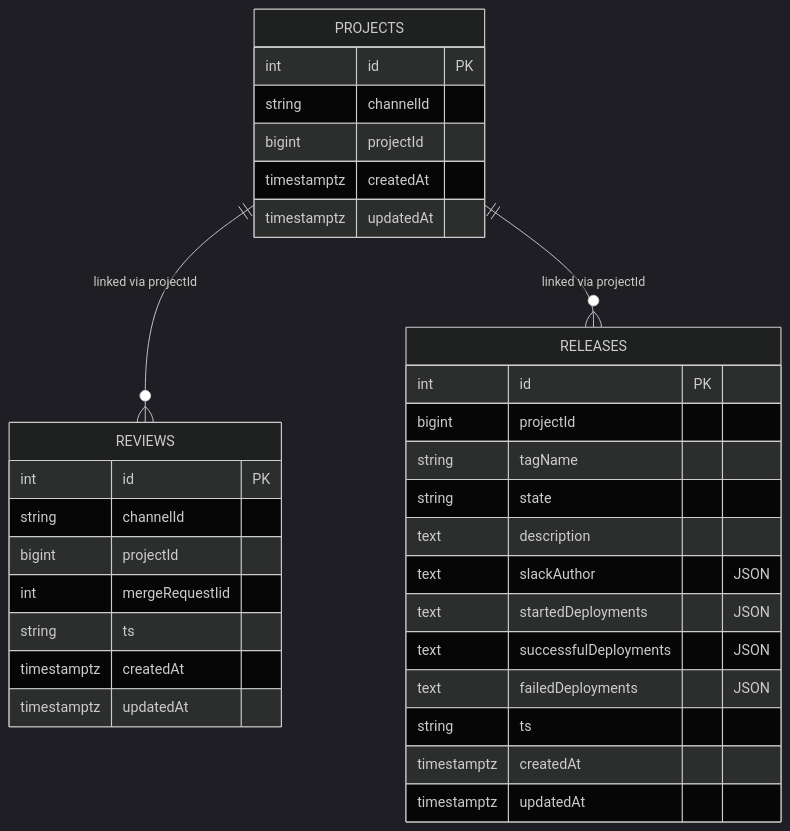
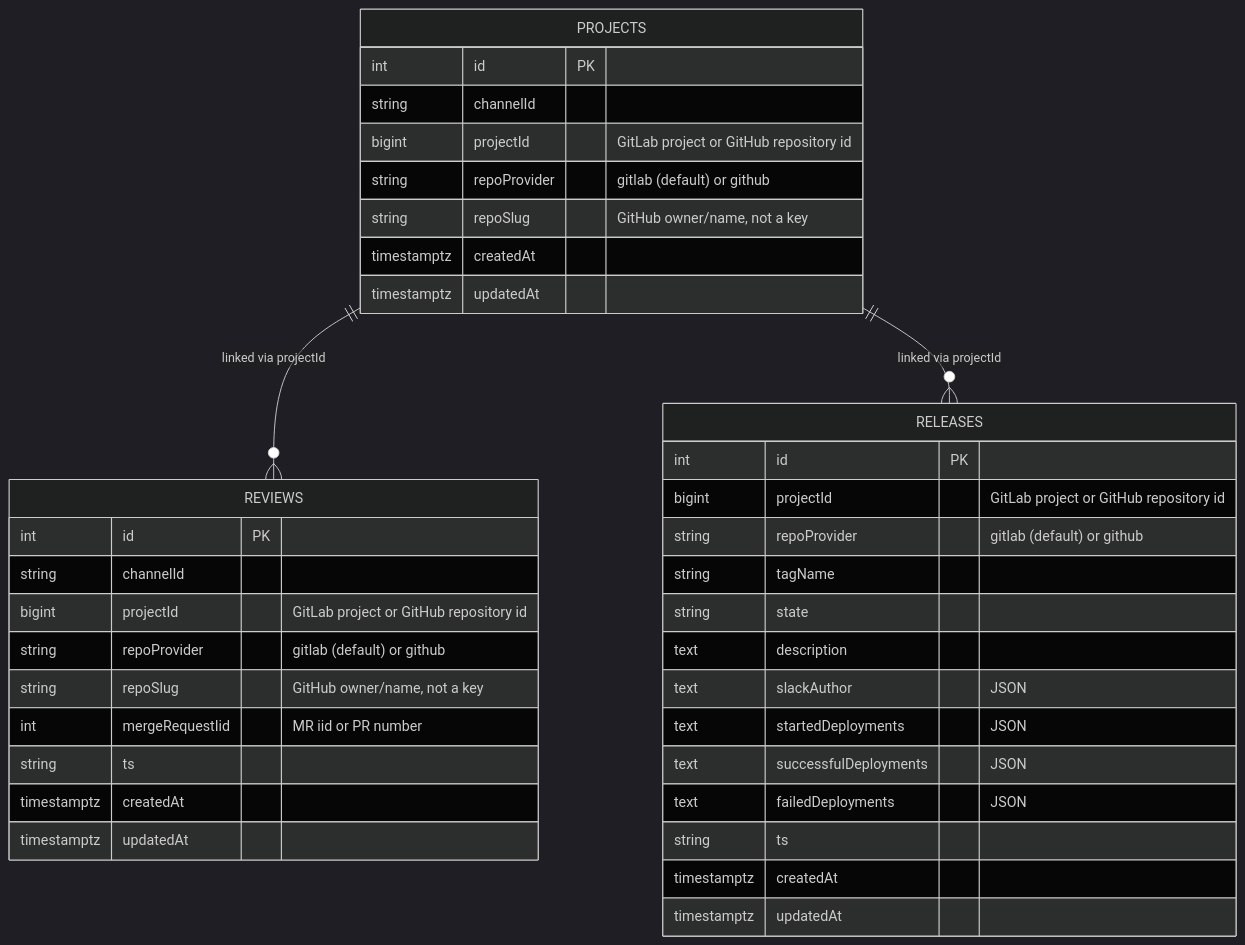
The ninth of 10 diagrams in docs/ARCHITECTURE.md (ManoManoTech/homer), drawn with Mermaid (dark theme) before and after one commit. The commit also changed other lines of this file and 13 other files, not shown here.

````diff
--- a/docs/ARCHITECTURE.md
+++ b/docs/ARCHITECTURE.md
@@ -346,36 +346,41 @@
 ```mermaid
 erDiagram
     PROJECTS ||--o{ REVIEWS : "linked via projectId"
     PROJECTS ||--o{ RELEASES : "linked via projectId"
 
     PROJECTS {
         int id PK
         string channelId
-        bigint projectId
+        bigint projectId "GitLab project or GitHub repository id"
+        string repoProvider "gitlab (default) or github"
+        string repoSlug "GitHub owner/name, not a key"
         timestamptz createdAt
         timestamptz updatedAt
     }
     REVIEWS {
         int id PK
         string channelId
-        bigint projectId
-        int mergeRequestIid
+        bigint projectId "GitLab project or GitHub repository id"
+        string repoProvider "gitlab (default) or github"
+        string repoSlug "GitHub owner/name, not a key"
+        int mergeRequestIid "MR iid or PR number"
         string ts
         timestamptz createdAt
         timestamptz updatedAt
     }
     RELEASES {
         int id PK
-        bigint projectId
+        bigint projectId "GitLab project or GitHub repository id"
+        string repoProvider "gitlab (default) or github"
         string tagName
         string state
         text description
         text slackAuthor "JSON"
         text startedDeployments "JSON"
         text successfulDeployments "JSON"
         text failedDeployments "JSON"
         string ts
         timestamptz createdAt
         timestamptz updatedAt
     }
 ```
````
